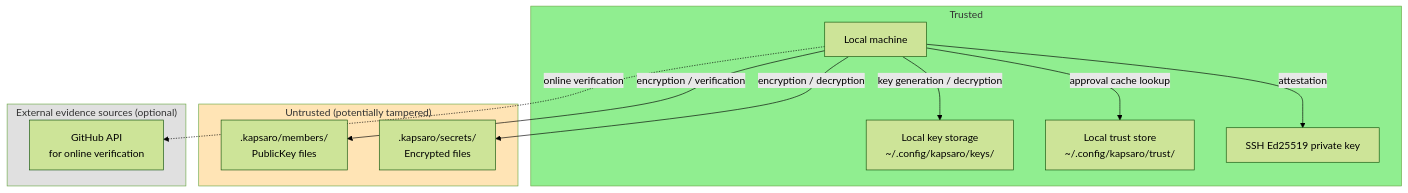
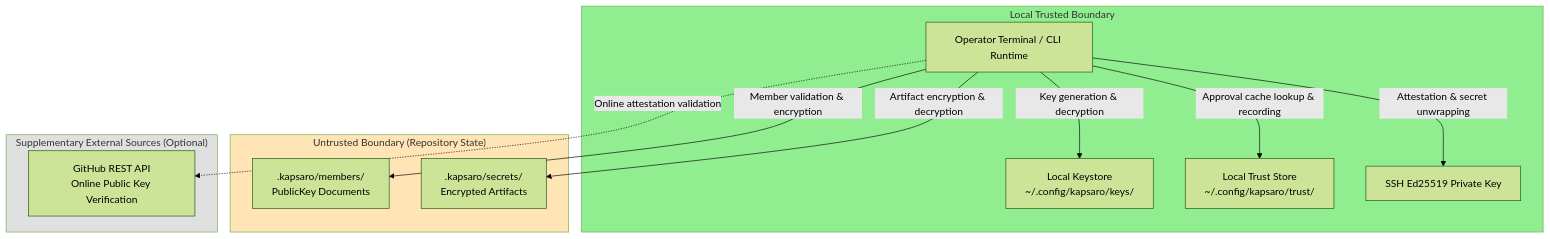
The first of 6 diagrams in guides/security_design_en.md (ebisawa/kapsaro), drawn with Mermaid (forest theme) before and after one commit. The commit also changed other lines of this file and 12 other files, not shown here.

````diff
--- a/guides/security_design_en.md
+++ b/guides/security_design_en.md
@@ -139,29 +163,29 @@
 ```mermaid
 graph TB
-    subgraph trusted["Trusted"]
-        LocalTerminal[Local machine]
-        LocalKeystore["Local key storage<br/>~/.config/kapsaro/keys/"]
-        LocalTrustStore["Local trust store<br/>~/.config/kapsaro/trust/"]
-        SSHKey[SSH Ed25519 private key]
+    subgraph trusted["Local Trusted Boundary"]
+        LocalTerminal["Operator Terminal / CLI Runtime"]
+        LocalKeystore["Local Keystore<br/>~/.config/kapsaro/keys/"]
+        LocalTrustStore["Local Trust Store<br/>~/.config/kapsaro/trust/"]
+        SSHKey["SSH Ed25519 Private Key"]
     end
 
-    subgraph untrusted["Untrusted (potentially tampered)"]
-        MembersDir[".kapsaro/members/<br/>PublicKey files"]
-        SecretsDir[".kapsaro/secrets/<br/>Encrypted files"]
+    subgraph untrusted["Untrusted Boundary (Repository State)"]
+        MembersDir[".kapsaro/members/<br/>PublicKey Documents"]
+        SecretsDir[".kapsaro/secrets/<br/>Encrypted Artifacts"]
     end
 
-    subgraph external["External evidence sources (optional)"]
-        GitHub["GitHub API<br/>for online verification"]
+    subgraph external["Supplementary External Sources (Optional)"]
+        GitHub["GitHub REST API<br/>Online Public Key Verification"]
     end
 
-    LocalTerminal -->|key generation / decryption| LocalKeystore
-    LocalTerminal -->|approval cache lookup| LocalTrustStore
-    LocalTerminal -->|attestation| SSHKey
-    LocalTerminal -->|encryption / verification| MembersDir
-    LocalTerminal -->|encryption / decryption| SecretsDir
-    LocalTerminal -.->|online verification| GitHub
+    LocalTerminal -->|"Key generation & decryption"| LocalKeystore
+    LocalTerminal -->|"Approval cache lookup & recording"| LocalTrustStore
+    LocalTerminal -->|"Attestation & secret unwrapping"| SSHKey
+    LocalTerminal -->|"Member validation & encryption"| MembersDir
+    LocalTerminal -->|"Artifact encryption & decryption"| SecretsDir
+    LocalTerminal -.->|"Online attestation validation"| GitHub
 
     style trusted fill:#90EE90
     style untrusted fill:#FFE4B5
     style external fill:#E0E0E0
 ```
````
